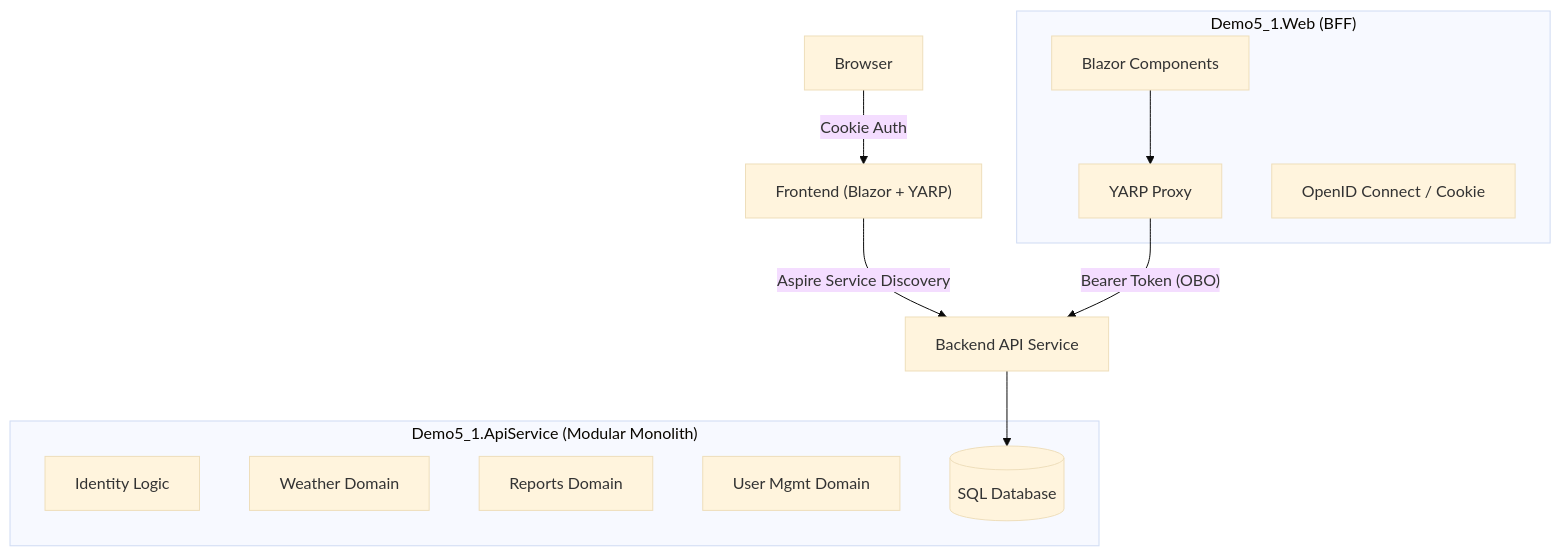
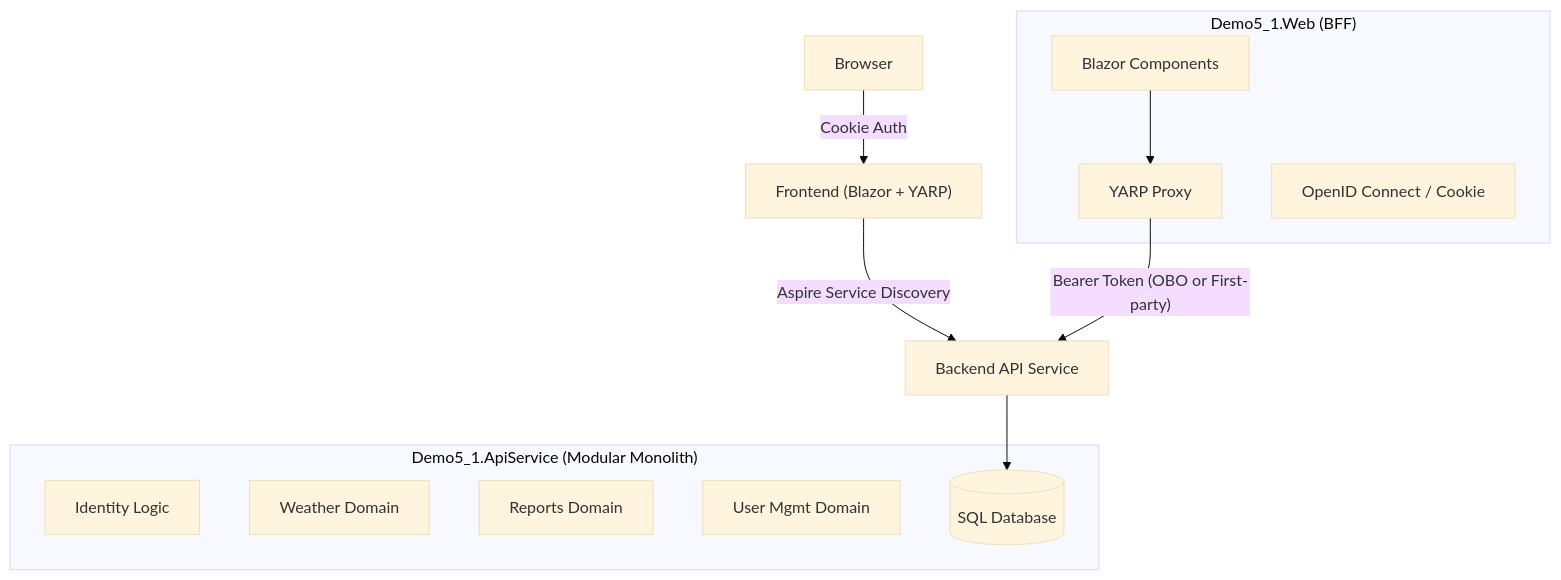
Before and after one commit to arisng/dotnet10-demo: the diagram in demo5.1/README.md, drawn with Mermaid (base theme). The commit also changed other lines of this file and 4 other files, not shown here.

Commit message:
feat(demo5.1): continue refining architecture and documentation

````diff
--- a/demo5.1/README.md
+++ b/demo5.1/README.md
@@ -10,23 +10,23 @@
 ```mermaid
 graph TD
     User[Browser] -->|"Cookie Auth"| Web["Frontend (Blazor + YARP)"]
     Web -->|"Aspire Service Discovery"| Api["Backend API Service"]
     
     subgraph "Demo5_1.Web (BFF)"
         UI["Blazor Components"]
         Proxy["YARP Proxy"]
         Auth["OpenID Connect / Cookie"]
     end
 
     subgraph "Demo5_1.ApiService (Modular Monolith)"
         Identity["Identity Logic"]
         Weather["Weather Domain"]
         Reports["Reports Domain"]
         Users["User Mgmt Domain"]
         DB[(SQL Database)]
     end
 
     UI --> Proxy
-    Proxy -->|"Bearer Token (OBO)"| Api
+    Proxy -->|"Bearer Token (OBO or First-party)"| Api
     Api --> DB
 ```
````
